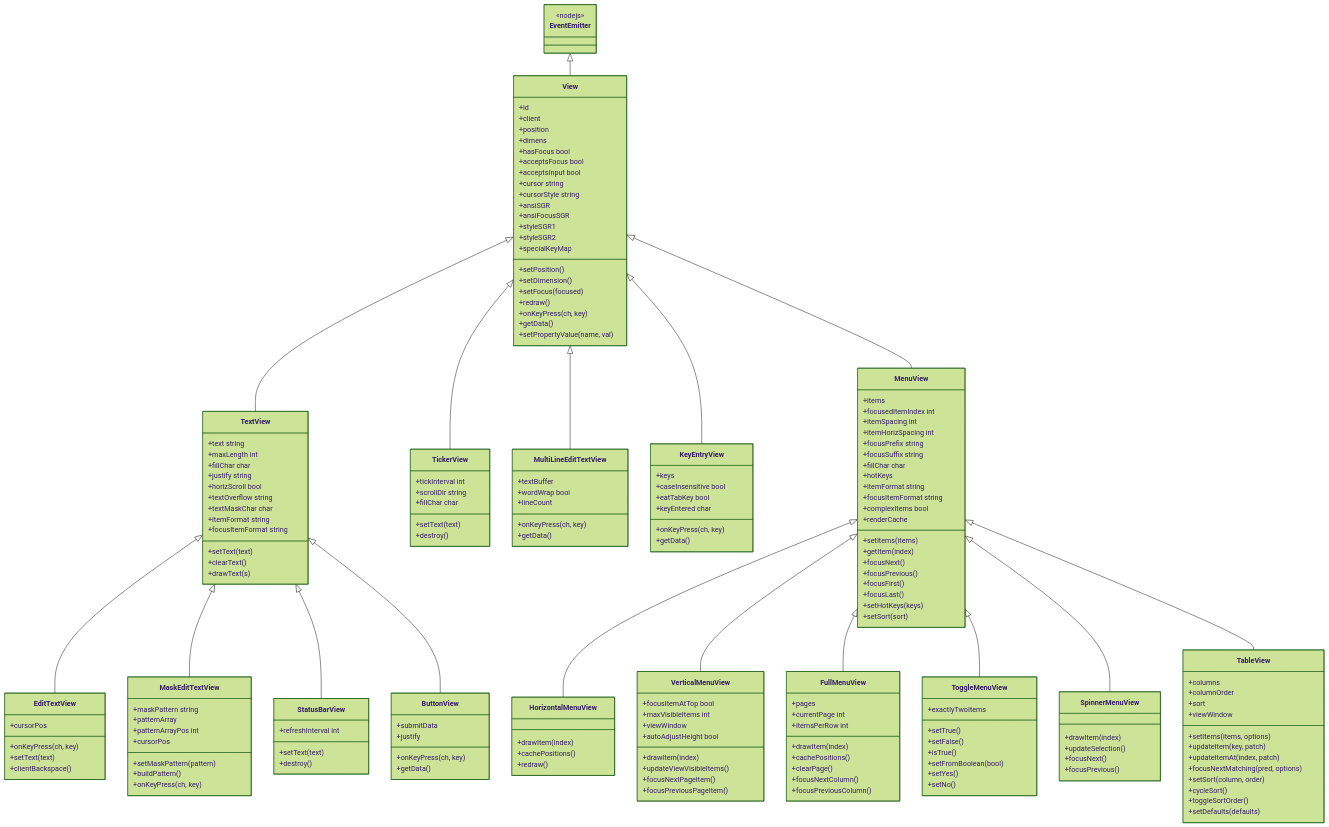
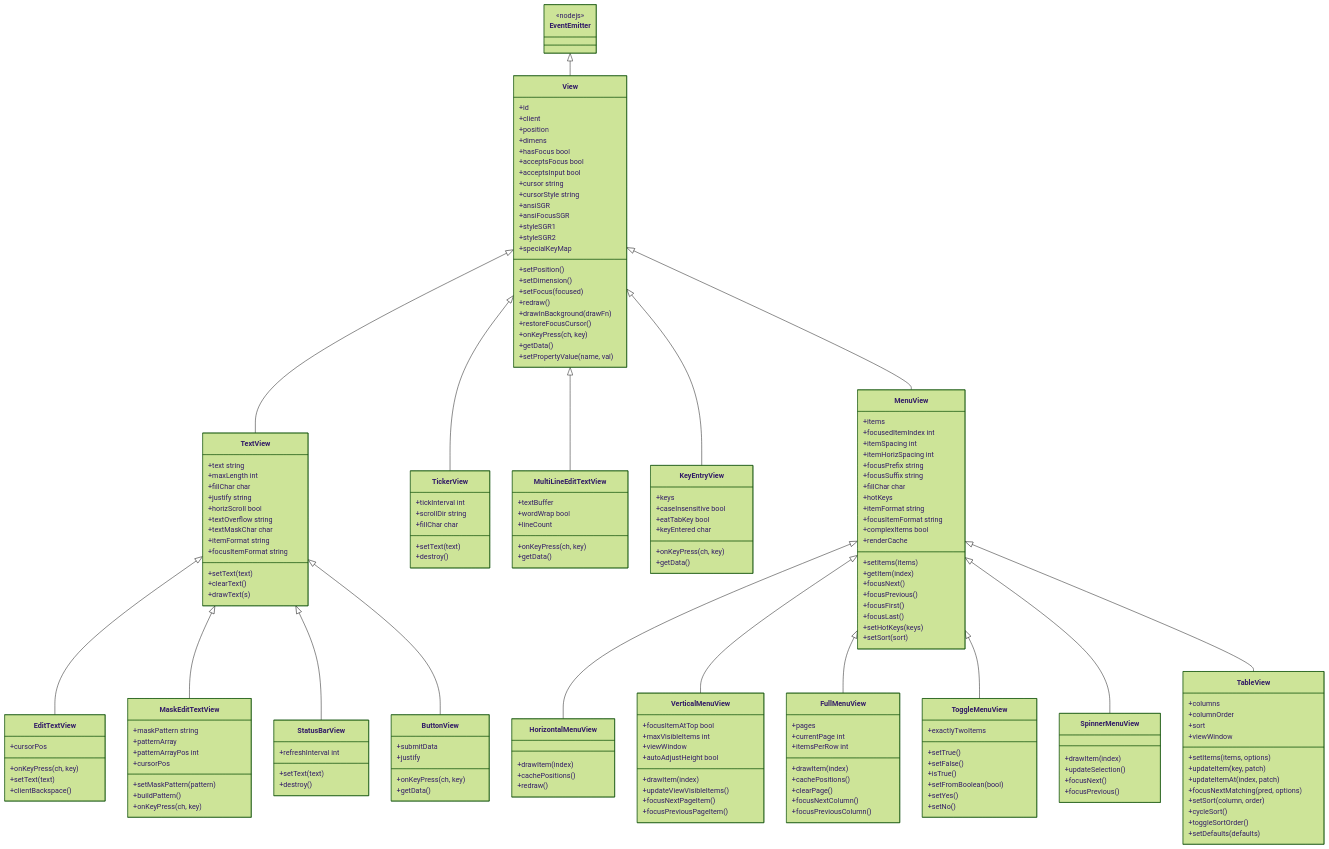
The diagram in website/src/content/docs/art/views/views.md (NuSkooler/enigma-bbs), drawn with Mermaid (forest theme) before and after one commit. The commit also changed other lines of this file and 8 other files, not shown here.

```diff
--- a/website/src/content/docs/art/views/views.md
+++ b/website/src/content/docs/art/views/views.md
@@ -168,6 +168,8 @@
         +setDimension()
         +setFocus(focused)
         +redraw()
+        +drawInBackground(drawFn)
+        +restoreFocusCursor()
         +onKeyPress(ch, key)
         +getData()
         +setPropertyValue(name, val)
```
